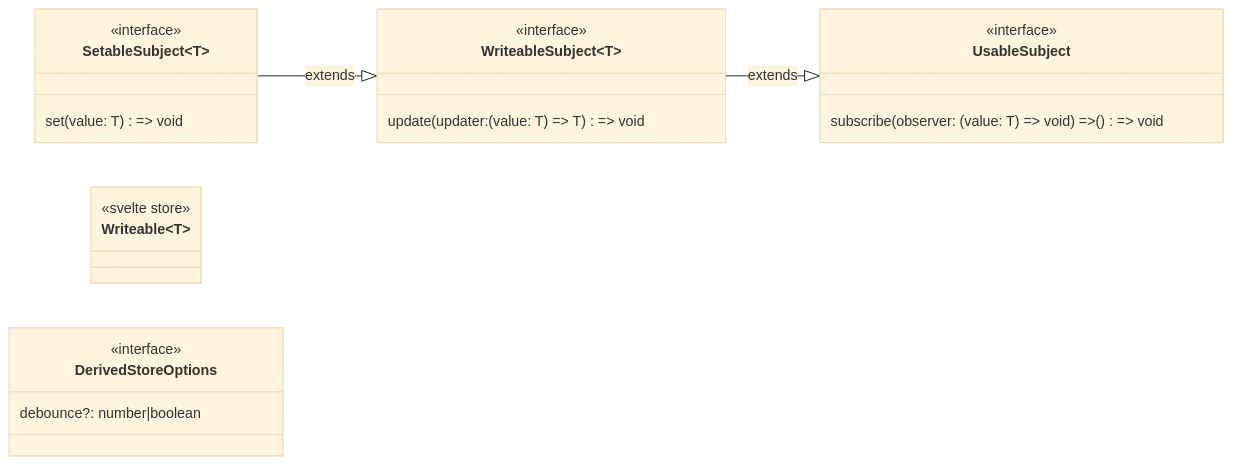
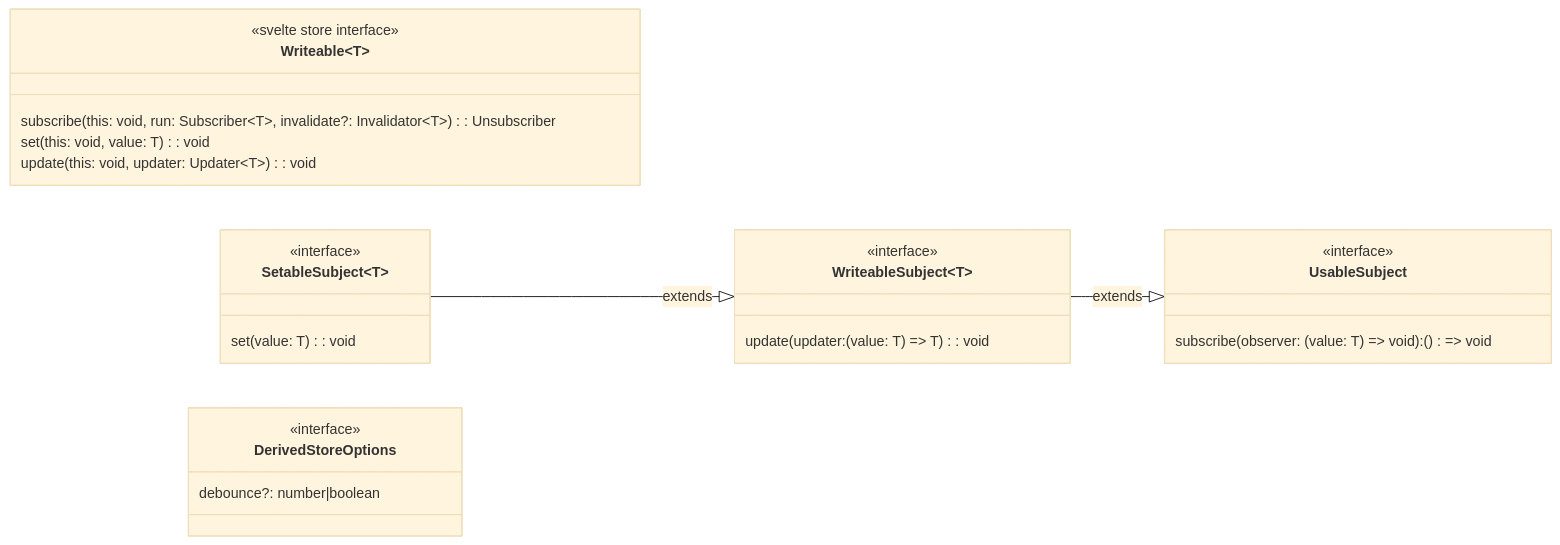
One commit to txstate-etc/svelte-store changed the first of 2 diagrams in README.md. Above: the diagram before and after it, drawn with Mermaid (base theme). The commit also changed other lines of this file, not shown here.

Commit message:
Few more updates to the README explaining some of the key extentions between this Store framework and Svelte's native store framework.

````diff
--- a/README.md
+++ b/README.md
@@ -7,32 +7,37 @@
 ```mermaid
 classDiagram
 direction LR
+  class Writeable~T~ {
+    <<svelte store interface>>
+    subscribe(this: void, run: Subscriber~T~, invalidate?: Invalidator~T~): Unsubscriber
+    set(this: void, value: T): void
+    update(this: void, updater: Updater~T~): void
+  }
+  link Writeable "https://svelte.dev/docs#run-time-svelte-store" "Svelte Writeable Store"
+  
   class UsableSubject {
     <<interface>>
-    subscribe(observer: (value: T) => void) => () => void
+    subscribe(observer: (value: T) => void): () => void
   }
   link UsableSubject "https://github.com/txstate-etc/svelte-store/blob/main/src/activestore.ts#:~:text=export%20interface%20UsableSubject" "To Source"
 
   WriteableSubject~T~ --|> UsableSubject~T~ : extends
   class WriteableSubject {
     <<interface>>
-    update(updater: (value: T) => T) => void
+    update(updater: (value: T) => T): void
   }
   link WriteableSubject "https://github.com/txstate-etc/svelte-store/blob/main/src/activestore.ts#:~:text=export%20interface%20WritableSubject" "To Source"
 
   SetableSubject~T~ --|> WriteableSubject~T~ : extends
   class SetableSubject {
      <<interface>>
-     set(value: T) => void
+     set(value: T): void
   }
   link SetableSubject "https://github.com/txstate-etc/svelte-store/blob/main/src/activestore.ts#:~:text=export%20interface%20SettableSubject" "To Source"
-  
-  class Writeable~T~ {<<svelte store>>}
-  link Writeable "https://svelte.dev/docs#run-time-svelte-store" "Svelte Writeable Store"
   
   class DerivedStoreOptions {
     <<interface>>
     debounce?: number|boolean
   }
   link DerivedStoreOptions "https://github.com/txstate-etc/svelte-store/blob/main/src/derivedstore.ts#:~:text=export%20interface%20DerivedStoreOptions" "To Source"
 ```
````
